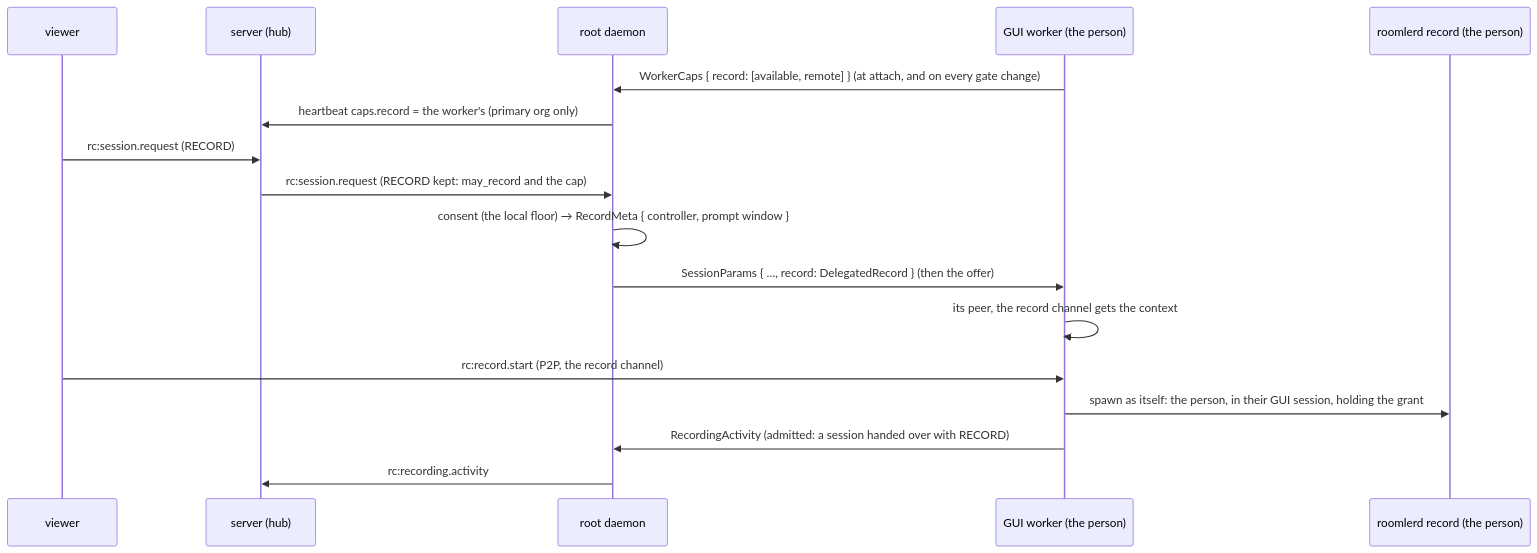
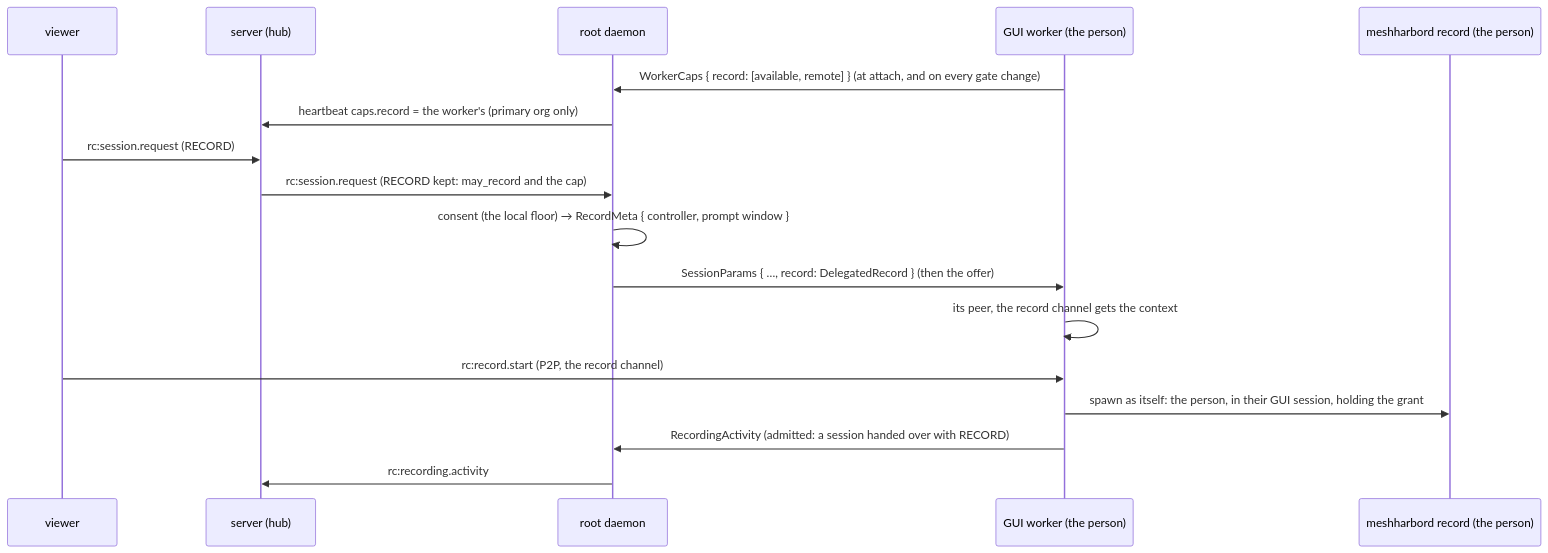
One commit to jk-zhang-meta/MeshHarbor changed diagram 12 of 15 in docs/recording.md. Above: the diagram before and after it, drawn with Mermaid. The commit also changed other lines of this file and 682 other files, not shown here.

````diff
--- a/docs/recording.md
+++ b/docs/recording.md
@@ -1028,19 +1028,19 @@
 ```mermaid
 sequenceDiagram
     participant V as viewer
     participant S as server (hub)
     participant D as root daemon
     participant W as GUI worker (the person)
-    participant R as roomlerd record (the person)
+    participant R as meshharbord record (the person)
     W->>D: WorkerCaps { record: [available, remote] } (at attach, and on every gate change)
     D->>S: heartbeat caps.record = the worker's (primary org only)
     V->>S: rc:session.request (RECORD)
     S->>D: rc:session.request (RECORD kept: may_record and the cap)
     D->>D: consent (the local floor) → RecordMeta { controller, prompt window }
     D->>W: SessionParams { …, record: DelegatedRecord } (then the offer)
     W->>W: its peer, the record channel gets the context
     V->>W: rc:record.start (P2P, the record channel)
     W->>R: spawn as itself: the person, in their GUI session, holding the grant
     W->>D: RecordingActivity (admitted: a session handed over with RECORD)
     D->>S: rc:recording.activity
 ```
````
